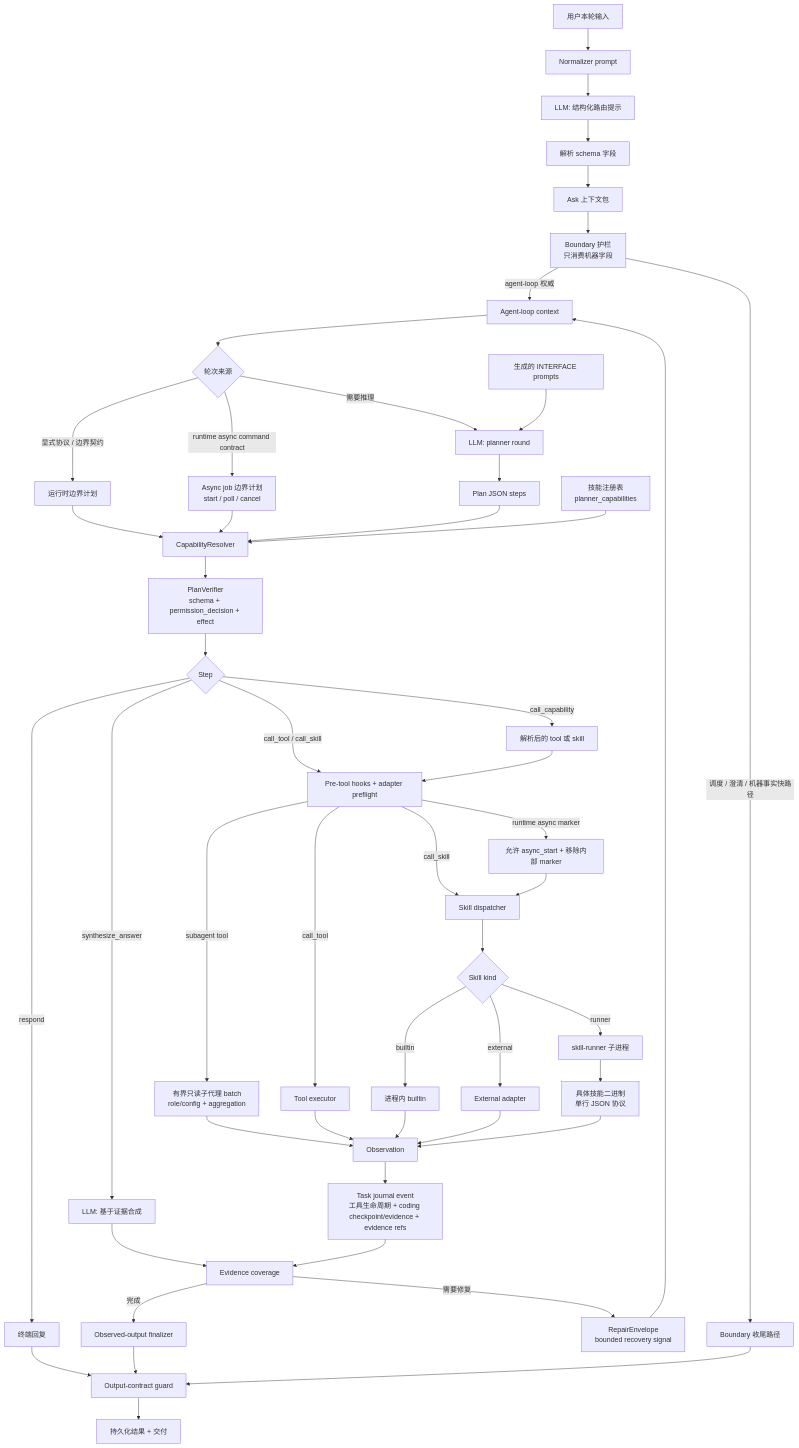
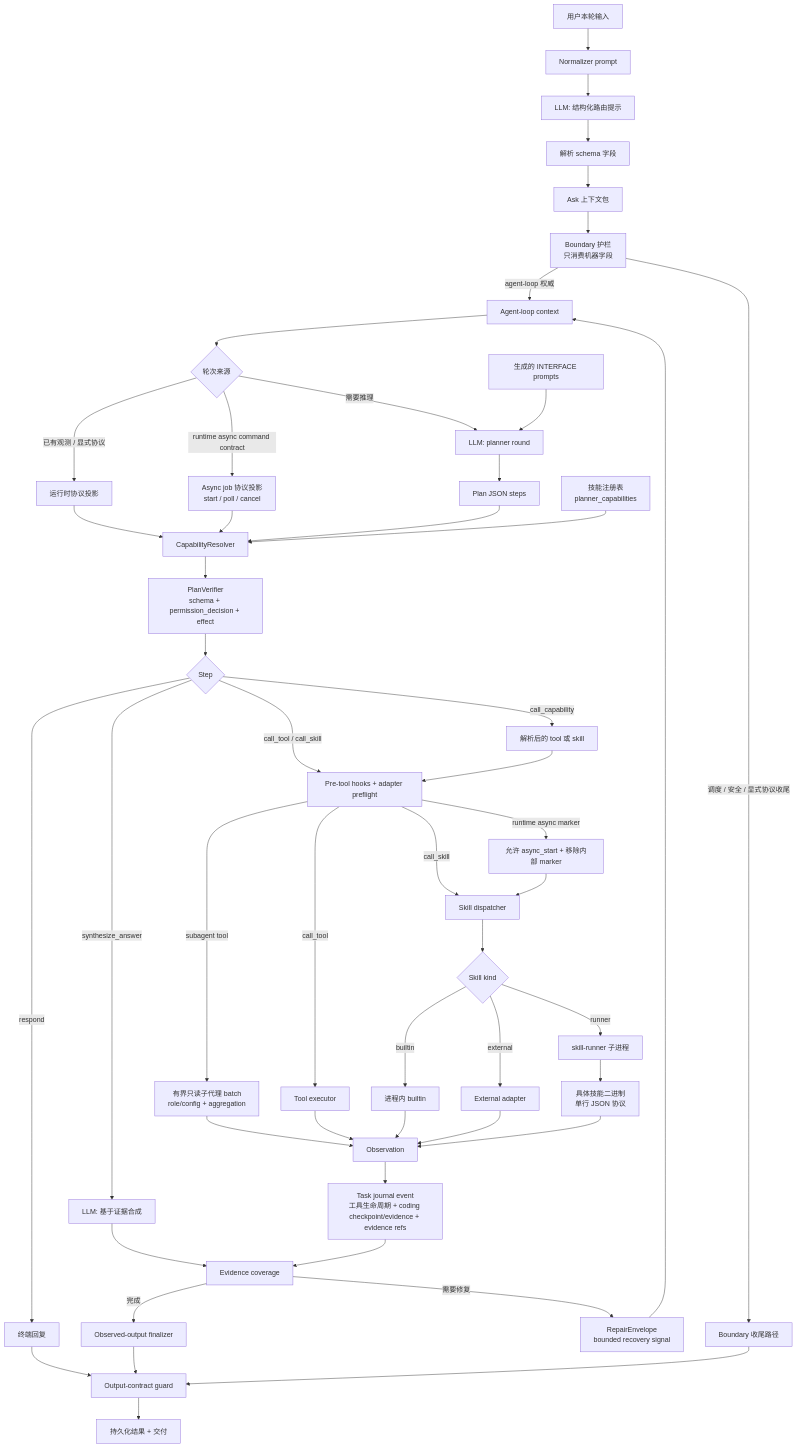
The second of 3 diagrams in README.zh-CN.md (MatrixCoreX/RustClaw), drawn with Mermaid before and after one commit. The commit also changed other lines of this file and 1 other file, not shown here.

Commit message:
Clarify agent loop README boundary wording

````diff
--- a/README.zh-CN.md
+++ b/README.zh-CN.md
@@ -120,52 +120,52 @@
 ```mermaid
 flowchart TD
     A[用户本轮输入] --> B[Normalizer prompt]
     B --> C[LLM: 结构化路由提示]
     C --> D[解析 schema 字段]
     D --> E[Ask 上下文包]
     E --> F[Boundary 护栏<br/>只消费机器字段]
     F -->|agent-loop 权威| G[Agent-loop context]
-    F -->|调度 / 澄清 / 机器事实快路径| H[Boundary 收尾路径]
+    F -->|调度 / 安全 / 显式协议收尾| H[Boundary 收尾路径]
     G --> I{轮次来源}
-    I -->|显式协议 / 边界契约| J[运行时边界计划]
-    I -->|runtime async command contract| JA[Async job 边界计划<br/>start / poll / cancel]
+    I -->|已有观测 / 显式协议| J[运行时协议投影]
+    I -->|runtime async command contract| JA[Async job 协议投影<br/>start / poll / cancel]
     I -->|需要推理| K[LLM: planner round]
     K --> L[Plan JSON steps]
     J --> M[CapabilityResolver]
     JA --> M
     L --> M
     N[技能注册表<br/>planner_capabilities] --> M
     O[生成的 INTERFACE prompts] --> K
     M --> P[PlanVerifier<br/>schema + permission_decision + effect]
     P --> Q{Step}
     Q -->|call_capability| R[解析后的 tool 或 skill]
     Q -->|call_tool / call_skill| QA[Pre-tool hooks + adapter preflight]
     R --> QA
     QA -->|runtime async marker| AR[允许 async_start + 移除内部 marker]
     QA -->|subagent tool| SS[有界只读子代理 batch<br/>role/config + aggregation]
     QA -->|call_tool| S[Tool executor]
     QA -->|call_skill| T[Skill dispatcher]
     AR --> T
     T --> U{Skill kind}
     U -->|builtin| V[进程内 builtin]
     U -->|external| W[External adapter]
     U -->|runner| X[skill-runner 子进程]
     X --> Y[具体技能二进制<br/>单行 JSON 协议]
     SS --> Z
     S --> Z[Observation]
     V --> Z
     W --> Z
     Y --> Z
     Z --> ZEV[Task journal event<br/>工具生命周期 + coding checkpoint/evidence + evidence refs]
     Q -->|synthesize_answer| ZA[LLM: 基于证据合成]
     Q -->|respond| ZB[终端回复]
     ZA --> ZC[Evidence coverage]
     ZEV --> ZC
     ZC -->|需要修复| ZR[RepairEnvelope<br/>bounded recovery signal]
     ZR --> G
     ZC -->|完成| ZD[Observed-output finalizer]
     ZB --> ZE[Output-contract guard]
     ZD --> ZE
     H --> ZE
     ZE --> ZF[持久化结果 + 交付]
 ```
````
